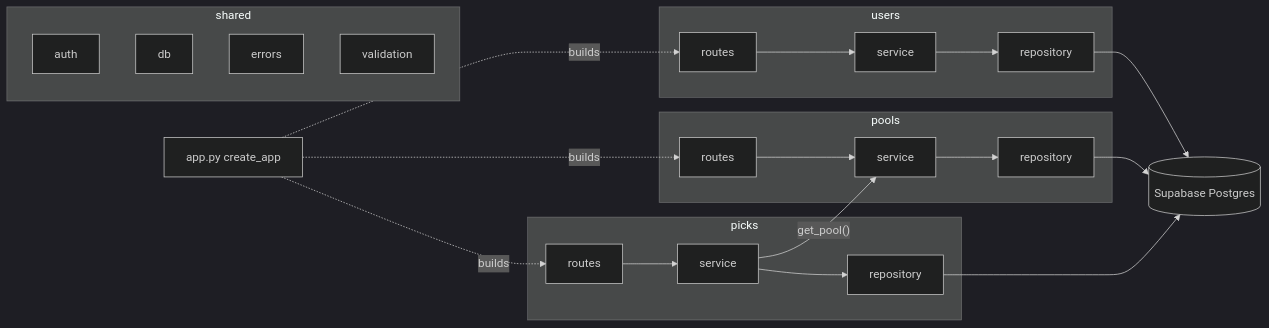
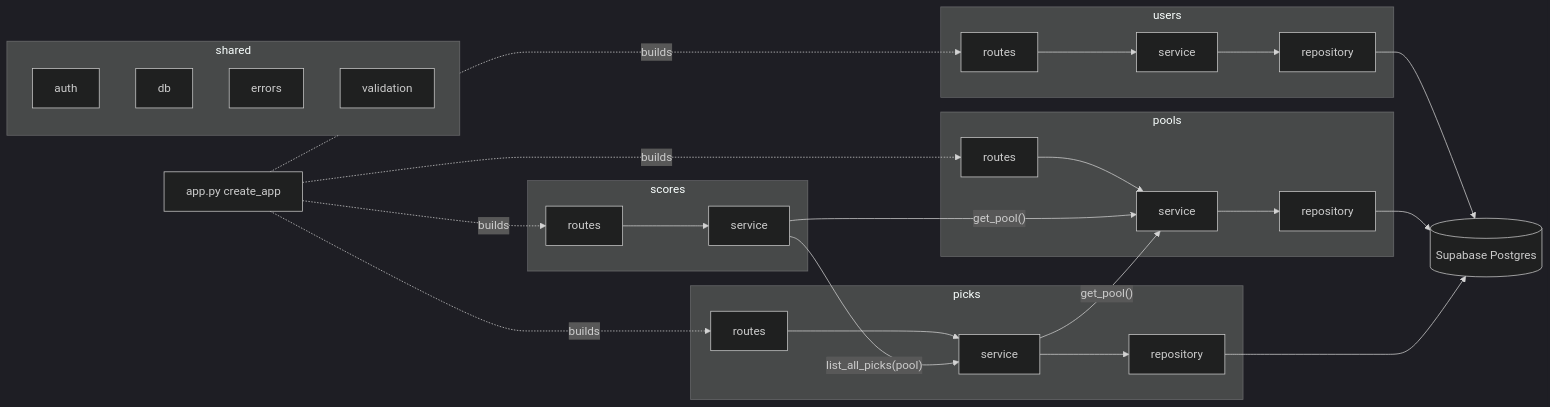
One commit to MESW-LES-2627/les-project-group-8 changed the first of 4 diagrams in docs/architecture.md. Above: the diagram before and after it, drawn with Mermaid (dark theme). The commit also changed other lines of this file and 5 other files, not shown here.

````diff
--- a/docs/architecture.md
+++ b/docs/architecture.md
@@ -40,26 +48,32 @@
 ```mermaid
 flowchart LR
   App["app.py create_app"]
   subgraph usersModule [users]
     UR[routes] --> US[service] --> URepo[repository]
   end
   subgraph poolsModule [pools]
     PR[routes] --> PS[service] --> PRepo[repository]
   end
   subgraph picksModule [picks]
     PKR[routes] --> PKS[service] --> PKRepo[repository]
   end
+  subgraph scoresModule [scores]
+    SR[routes] --> SS[service]
+  end
   subgraph sharedModule [shared]
     AUTH[auth]
     DB[db]
     ERR[errors]
     VAL[validation]
   end
   App -.builds.-> UR
   App -.builds.-> PR
   App -.builds.-> PKR
+  App -.builds.-> SR
+  SS -->|"get_pool()"| PS
+  SS -->|"list_all_picks(pool)"| PKS
   PKS -->|"get_pool()"| PS
   URepo --> Supabase[(Supabase Postgres)]
   PRepo --> Supabase
   PKRepo --> Supabase
 ```
````
